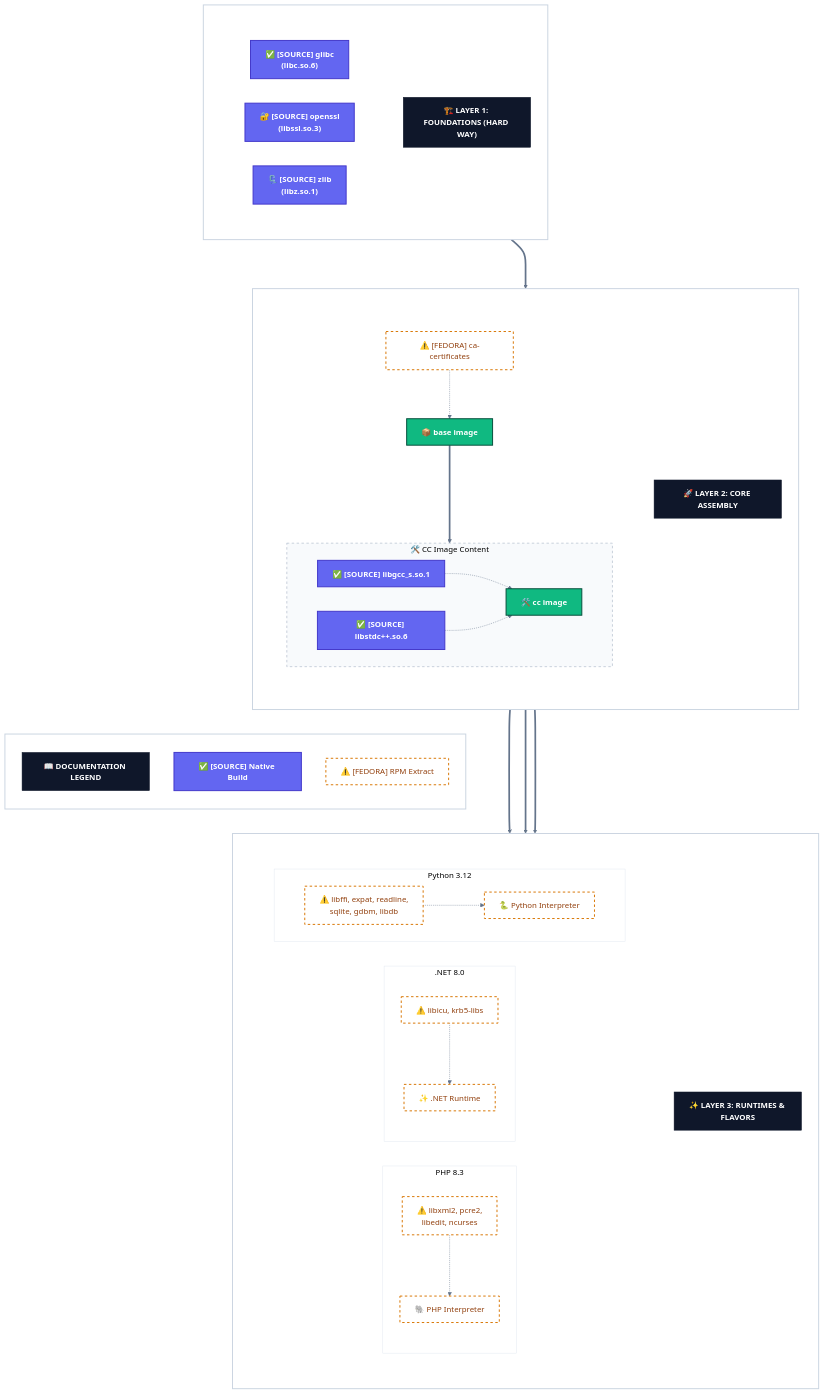
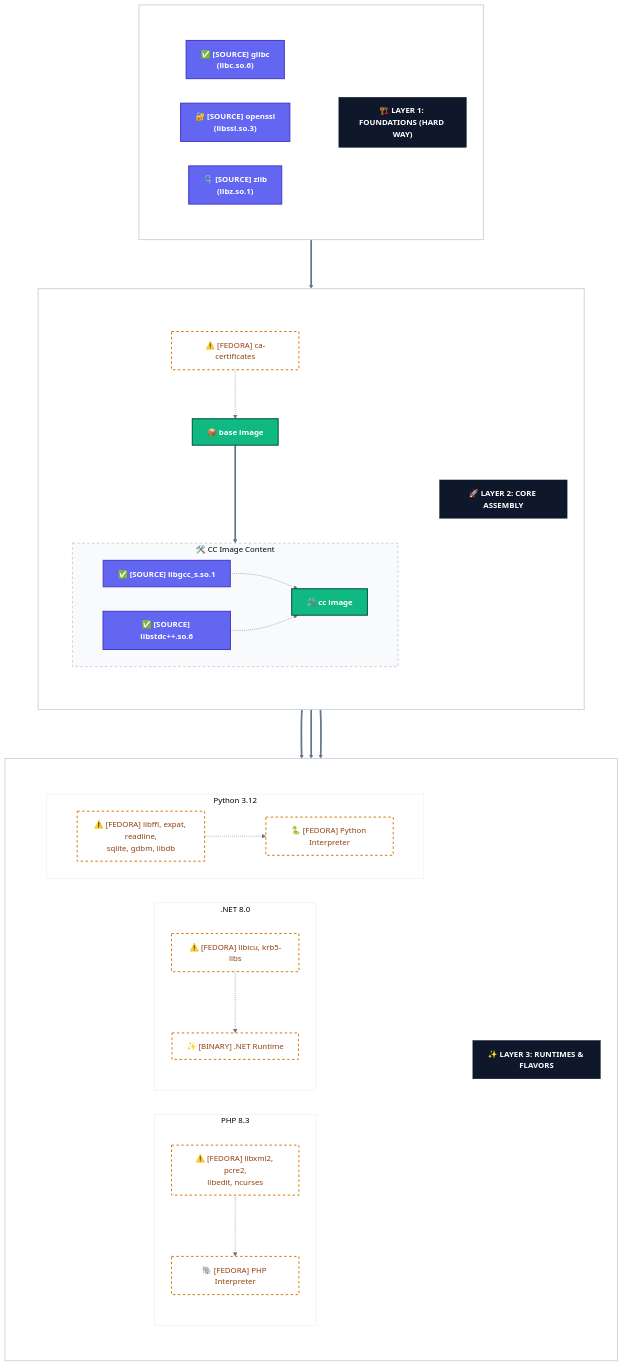
One commit to mbuccarello/distroless-the-hard-way changed the diagram in docs/mermaid/lib-hierarchy.mmd. Above: the diagram before and after it, drawn with Mermaid. The commit also changed 48 other files, not shown here.

```diff
--- a/docs/mermaid/lib-hierarchy.mmd
+++ b/docs/mermaid/lib-hierarchy.mmd
@@ -1,106 +1,93 @@
 %%{init: {'theme': 'base', 'themeVariables': { 'clusterBkg': '#ffffff', 'clusterBorder': '#cbd5e1', 'primaryColor': '#ffffff', 'lineColor': '#64748b', 'edgeColor': '#475569' }}}%%
 graph TB
     %% Modern Enterprise Design System
     classDef source fill:#6366f1,stroke:#4338ca,color:#fff,stroke-width:2px,font-weight:bold;
     classDef fedora fill:#ffffff,stroke:#d97706,color:#92400e,stroke-width:2px,stroke-dasharray: 5 5;
     classDef image fill:#10b981,stroke:#064e3b,color:#fff,stroke-width:2px,font-weight:bold;
     classDef header fill:#0f172a,stroke:#0f172a,color:#fff,font-weight:bold,font-size:16px;
 
     %% Foundations
     subgraph L1_Cont [" "]
         direction TB
         h1["🏗️ LAYER 1: FOUNDATIONS (HARD WAY)"]:::header
         
         subgraph L1_Content ["&nbsp;"]
             direction LR
             glibc["✅ [SOURCE] glibc<br/>(libc.so.6)"]
             openssl["🔐 [SOURCE] openssl<br/>(libssl.so.3)"]
             zlib["🗜️ [SOURCE] zlib<br/>(libz.so.1)"]
         end
     end
     style L1_Cont fill:#ffffff,stroke:#cbd5e1,stroke-width:2px;
     style L1_Content fill:#ffffff,stroke:none;
 
     %% Assembly
     subgraph L2_Cont [" "]
         direction TB
         h2["🚀 LAYER 2: CORE ASSEMBLY"]:::header
         
         subgraph L2_Content ["&nbsp;"]
             direction TB
             cacert["⚠️ [FEDORA] ca-certificates"]
             base["📦 base image"]
             
             subgraph CC_Box ["🛠️ CC Image Content"]
                 direction LR
                 libgcc["✅ [SOURCE] libgcc_s.so.1"]
                 libstd["✅ [SOURCE] libstdc++.so.6"]
                 cc_img["🛠️ cc image"]
             end
             
             cacert -.-> base
             base ===> cc_img
             libgcc -.-> cc_img
             libstd -.-> cc_img
         end
     end
     style L2_Cont fill:#ffffff,stroke:#cbd5e1,stroke-width:2px;
     style L2_Content fill:#ffffff,stroke:none;
     style CC_Box fill:#f8fafc,stroke:#94a3b8,stroke-dasharray: 5 5;
 
     %% Runtimes
     subgraph L3_Cont [" "]
         direction TB
         h3["✨ LAYER 3: RUNTIMES & FLAVORS"]:::header
         
         subgraph L3_Content ["&nbsp;"]
             direction LR
             
             subgraph PHP ["PHP 8.3"]
-                php_libs["⚠️ libxml2, pcre2,<br/>libedit, ncurses"]
-                php_bin["🐘 PHP Interpreter"]
+                php_libs["⚠️ [FEDORA] libxml2, pcre2,<br/>libedit, ncurses"]
+                php_bin["🐘 [FEDORA] PHP Interpreter"]
                 php_libs -.-> php_bin
             end
 
             subgraph Dotnet [".NET 8.0"]
-                dotnet_libs["⚠️ libicu, krb5-libs"]
-                dotnet_bin["✨ .NET Runtime"]
+                dotnet_libs["⚠️ [FEDORA] libicu, krb5-libs"]
+                dotnet_bin["✨ [BINARY] .NET Runtime"]
                 dotnet_libs -.-> dotnet_bin
             end
 
             subgraph Python ["Python 3.12"]
-                py_libs["⚠️ libffi, expat, readline,<br/>sqlite, gdbm, libdb"]
-                py_bin["🐍 Python Interpreter"]
+                py_libs["⚠️ [FEDORA] libffi, expat, readline,<br/>sqlite, gdbm, libdb"]
+                py_bin["🐍 [FEDORA] Python Interpreter"]
                 py_libs -.-> py_bin
             end
         end
     end
     style L3_Cont fill:#ffffff,stroke:#cbd5e1,stroke-width:2px;
     style L3_Content fill:#ffffff,stroke:none;
     style PHP fill:#ffffff,stroke:#e2e8f0;
     style Dotnet fill:#ffffff,stroke:#e2e8f0;
     style Python fill:#ffffff,stroke:#e2e8f0;
 
-    %% Isolated Legend
-    subgraph Legend_Cont [" "]
-        direction TB
-        hl["📖 DOCUMENTATION LEGEND"]:::header
-        l1["✅ [SOURCE] Native Build"]:::source
-        l2["⚠️ [FEDORA] RPM Extract"]:::fedora
-    end
-    style Legend_Cont fill:#ffffff,stroke:#cbd5e1,stroke-width:2px;
-
-    %% Global Connections
-    L1_Content ===> base
+    %% Global Connections - CONNECTING CONTAINER TO TARGET NODE
+    L1_Cont ===> base
     cc_img ===> PHP
     cc_img ===> Dotnet
     cc_img ===> Python
 
     %% Applying Classes
     class glibc,openssl,zlib,libgcc,libstd source;
     class cacert,php_bin,php_libs,dotnet_bin,dotnet_libs,py_bin,py_libs fedora;
     class base,cc_img image;
-
-    %% Spacing Hacks
-    L1_Cont ~~~ Legend_Cont
-    L2_Cont ~~~ Legend_Cont
```
